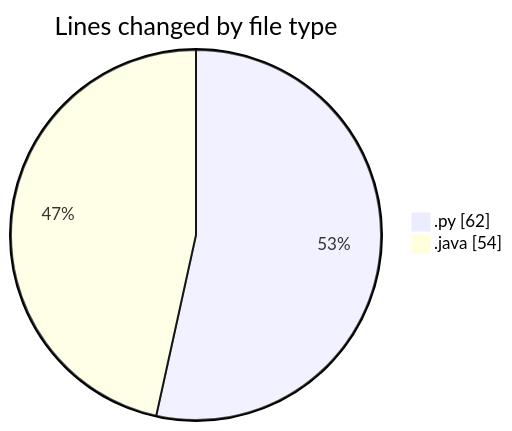
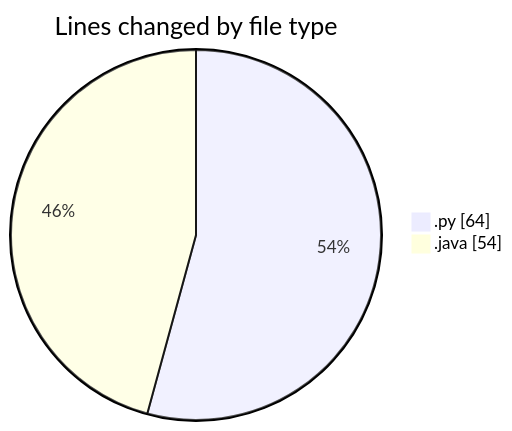
The first of 2 diagrams in 2025-10-28/projet_distribu_/README.md (donsfak/code-tracking), drawn with Mermaid before and after one commit. The commit also changed other lines of this file and 1 other file, not shown here.

````diff
--- a/2025-10-28/projet_distribu_/README.md
+++ b/2025-10-28/projet_distribu_/README.md
@@ -21,6 +21,6 @@
 ```mermaid
 pie showData
 title Lines changed by file type
-".py" : 62
+".py" : 64
 ".java" : 54
 ```
````
